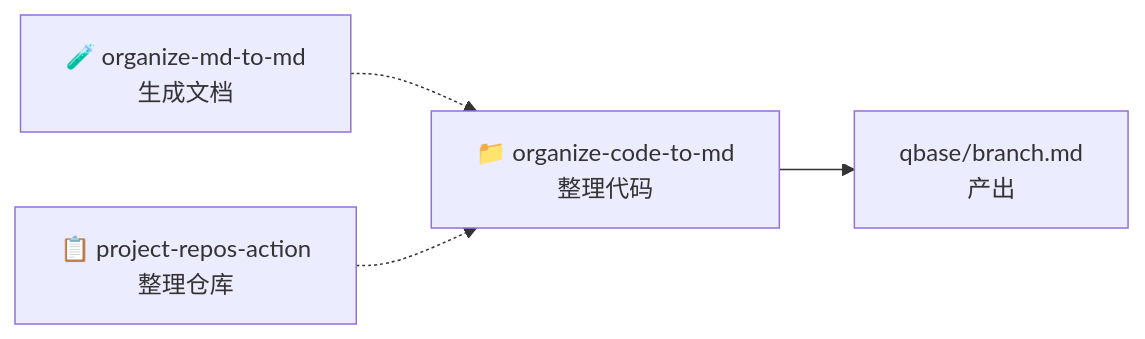
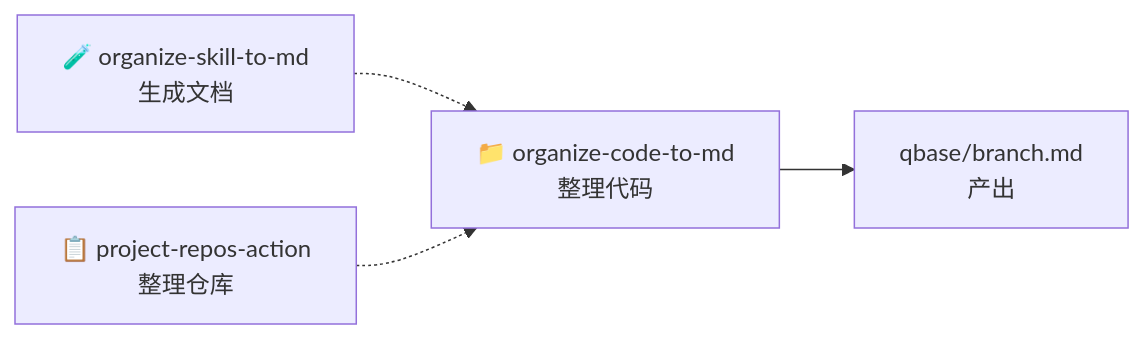
Before and after one commit to dvlproad/AI-qskills: the second of 5 diagrams in README.md, drawn with Mermaid. The commit also changed other lines of this file and 2 other files, not shown here.

Commit message:
organize-skill-to-md | 整理 Skill 关系

````diff
--- a/README.md
+++ b/README.md
@@ -32,6 +32,6 @@
 ```mermaid
 graph LR
     A[📁 organize-code-to-md<br/>整理代码] --> B[qbase/branch.md<br/>产出]
-    C[🧪 organize-md-to-md<br/>生成文档] -.-> A
+    C[🧪 organize-skill-to-md<br/>生成文档] -.-> A
     D[📋 project-repos-action<br/>整理仓库] -.-> A
 ```
````
